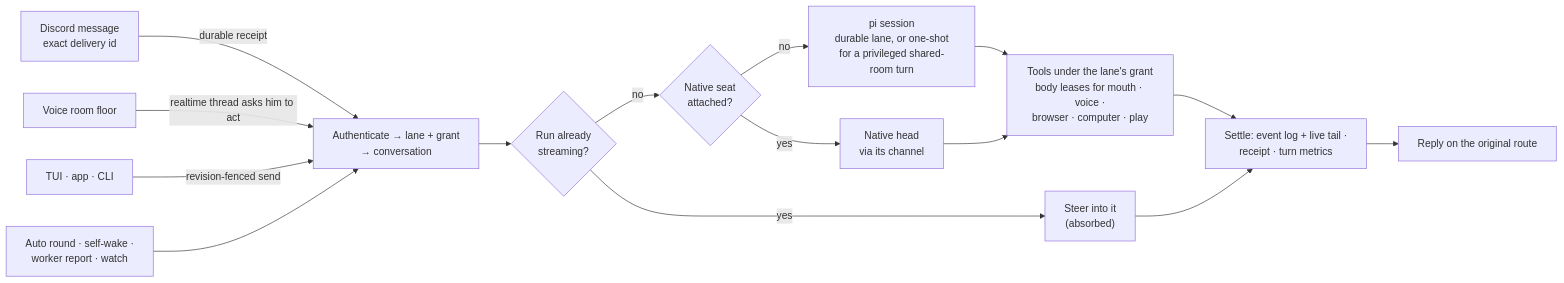
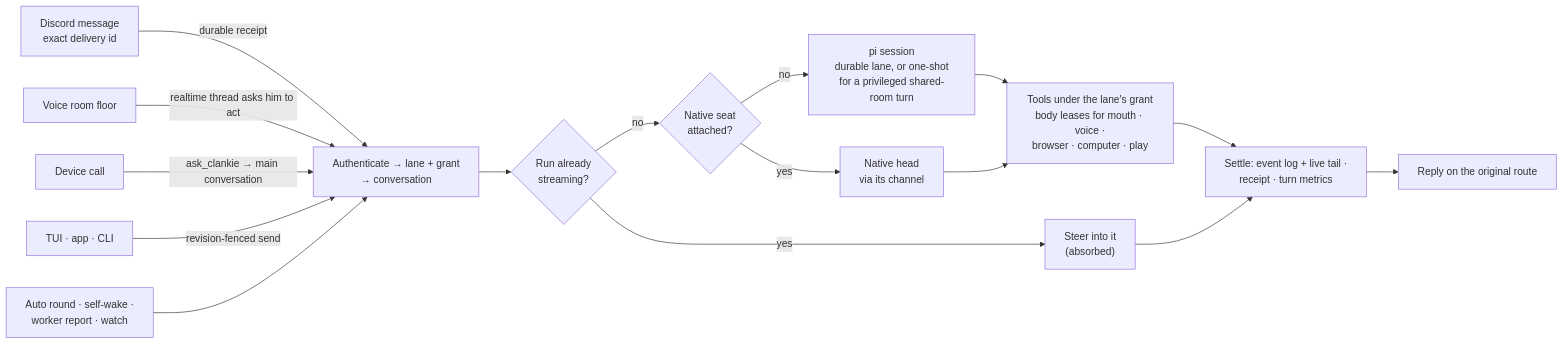
The third of 4 diagrams in docs/architecture.md (Volpestyle/clankie), drawn with Mermaid before and after one commit. The commit also changed other lines of this file and 28 other files, not shown here.

````diff
--- a/docs/architecture.md
+++ b/docs/architecture.md
@@ -174,17 +174,18 @@
 ```mermaid
 flowchart LR
   Discord["Discord message<br/>exact delivery id"] -->|"durable receipt"| Lane
   Voice["Voice room floor"] -->|"realtime thread asks him to act"| Lane
+  Call["Device call"] -->|"ask_clankie → main conversation"| Lane
   Operator["TUI · app · CLI"] -->|"revision-fenced send"| Lane
   Auto["Auto round · self-wake ·<br/>worker report · watch"] --> Lane
   Lane["Authenticate → lane + grant<br/>→ conversation"] --> Busy{"Run already<br/>streaming?"}
   Busy -->|yes| Steer["Steer into it<br/>(absorbed)"]
   Busy -->|no| Driver{"Native seat<br/>attached?"}
   Driver -->|no| Pi["pi session<br/>durable lane, or one-shot<br/>for a privileged shared-room turn"]
   Driver -->|yes| Seat["Native head<br/>via its channel"]
   Pi --> Tools["Tools under the lane's grant<br/>body leases for mouth · voice ·<br/>browser · computer · play"]
   Seat --> Tools
   Tools --> Settle["Settle: event log + live tail ·<br/>receipt · turn metrics"]
   Steer --> Settle
   Settle --> Reply["Reply on the original route"]
 ```
````
